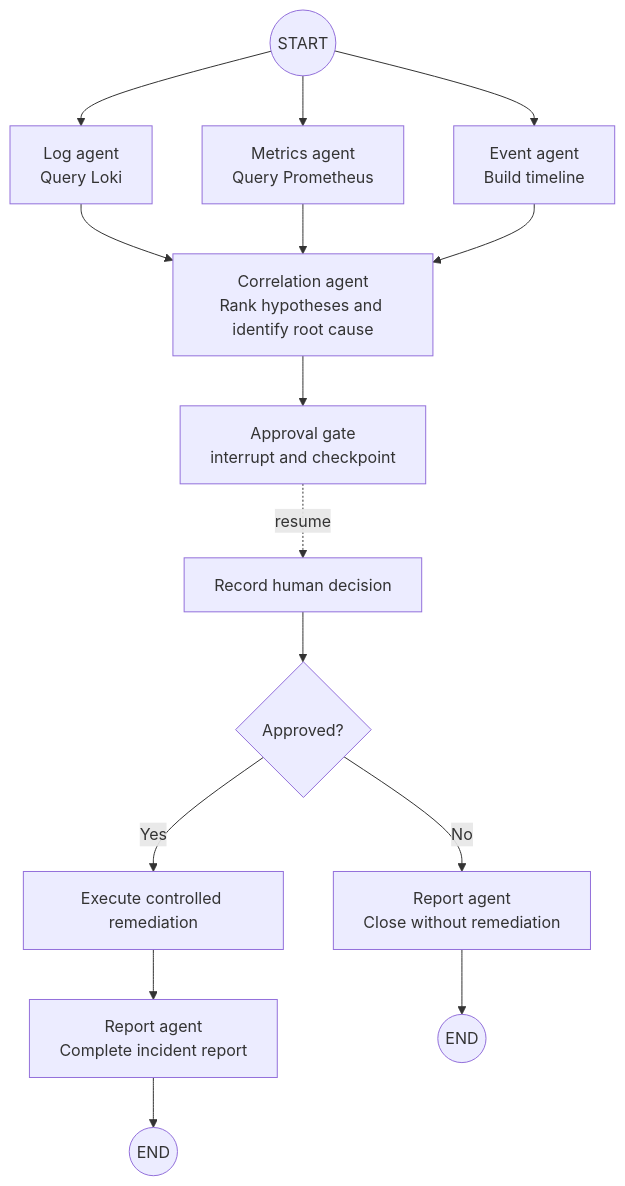
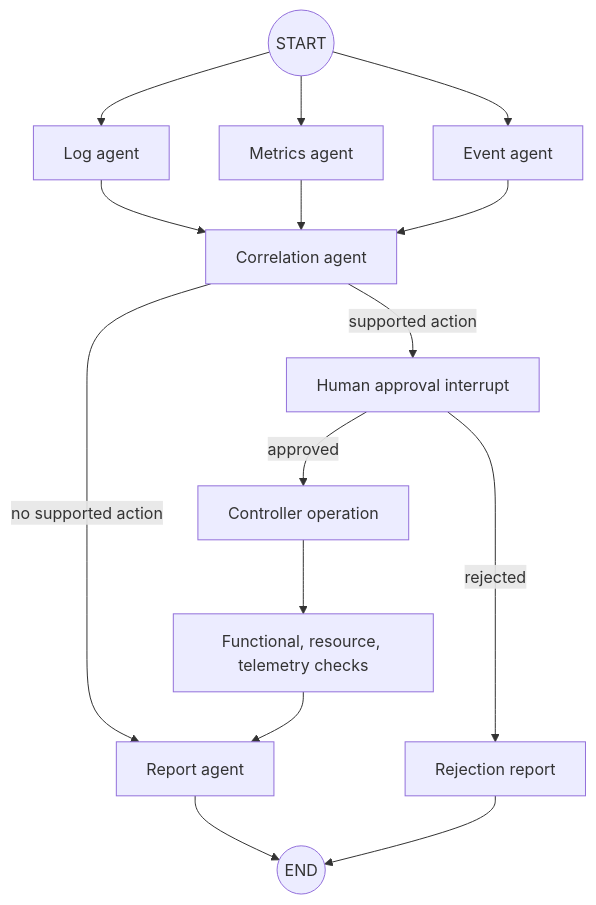
The first of 2 diagrams in README.md (MohsenKhouaja/SREs), drawn with Mermaid before and after one commit. The commit also changed other lines of this file and 66 other files, not shown here.

````diff
--- a/README.md
+++ b/README.md
@@ -30,31 +31,17 @@
 ```mermaid
 flowchart TD
-    START((START))
-    LOG[Log agent<br/>Query Loki]
-    METRICS[Metrics agent<br/>Query Prometheus]
-    EVENT[Event agent<br/>Build timeline]
-    CORRELATE[Correlation agent<br/>Rank hypotheses and identify root cause]
-    APPROVAL[Approval gate<br/>interrupt and checkpoint]
-    RECORD[Record human decision]
-    ROUTE{Approved?}
-    EXECUTE[Execute controlled remediation]
-    REPORT[Report agent<br/>Complete incident report]
-    REJECTED[Report agent<br/>Close without remediation]
-    END_OK((END))
-    END_NO((END))
-
-    START --> LOG
-    START --> METRICS
-    START --> EVENT
-    LOG --> CORRELATE
+    START((START)) --> LOG[Log agent]
+    START --> METRICS[Metrics agent]
+    START --> EVENT[Event agent]
+    LOG --> CORRELATE[Correlation agent]
     METRICS --> CORRELATE
     EVENT --> CORRELATE
-    CORRELATE --> APPROVAL
-    APPROVAL -. resume .-> RECORD
-    RECORD --> ROUTE
-    ROUTE -- Yes --> EXECUTE
-    EXECUTE --> REPORT
-    REPORT --> END_OK
-    ROUTE -- No --> REJECTED
-    REJECTED --> END_NO
+    CORRELATE -->|supported action| APPROVAL[Human approval interrupt]
+    CORRELATE -->|no supported action| REPORT[Report agent]
+    APPROVAL -->|approved| EXECUTE[Controller operation]
+    APPROVAL -->|rejected| REJECTED[Rejection report]
+    EXECUTE --> VERIFY[Functional, resource, telemetry checks]
+    VERIFY --> REPORT
+    REPORT --> END((END))
+    REJECTED --> END
 ```
````
